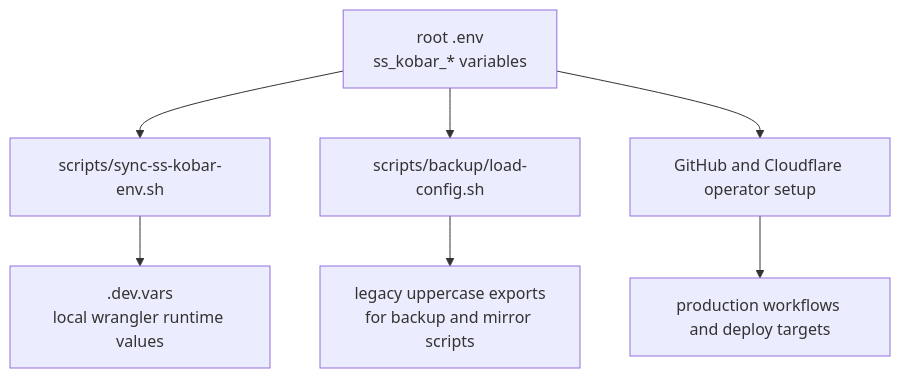
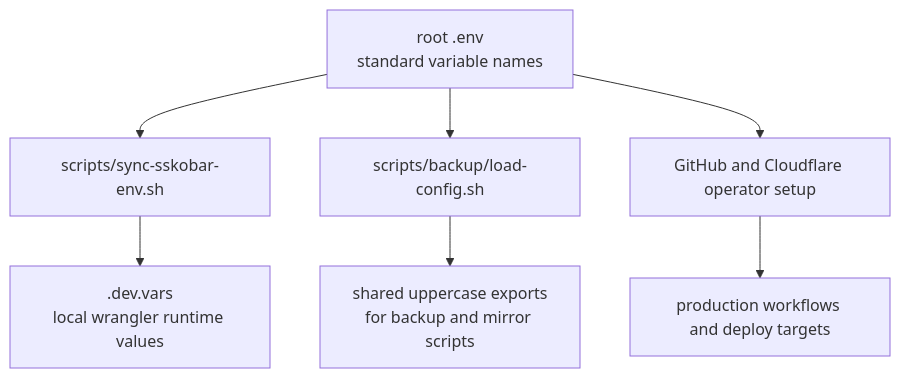
The first of 2 diagrams in docs/environment-configuration.md (ahliweb/satusehatkobar), drawn with Mermaid before and after one commit. The commit also changed other lines of this file and 12 other files, not shown here.

Commit message:
refactor: standardize environment configuration by removing legacy ss_kobar variable aliases and updating the synchronization script.

````diff
--- a/docs/environment-configuration.md
+++ b/docs/environment-configuration.md
@@ -9,9 +9,9 @@
 ```mermaid
 flowchart TD
-    A[root .env\nss_kobar_* variables] --> B[scripts/sync-ss-kobar-env.sh]
+    A[root .env\nstandard variable names] --> B[scripts/sync-sskobar-env.sh]
     A --> C[scripts/backup/load-config.sh]
     B --> D[.dev.vars\nlocal wrangler runtime values]
-    C --> E[legacy uppercase exports\nfor backup and mirror scripts]
+    C --> E[shared uppercase exports\nfor backup and mirror scripts]
     A --> F[GitHub and Cloudflare operator setup]
     F --> G[production workflows and deploy targets]
 ```
````
